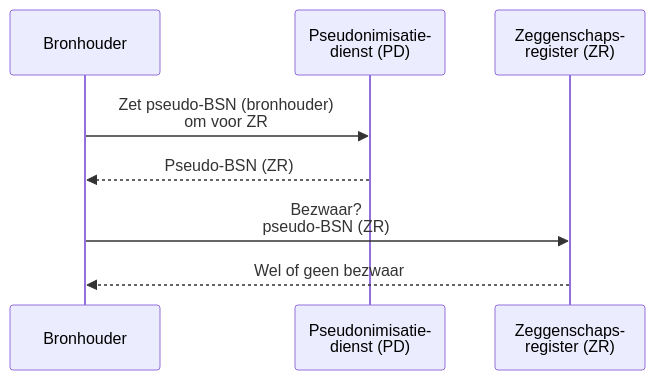
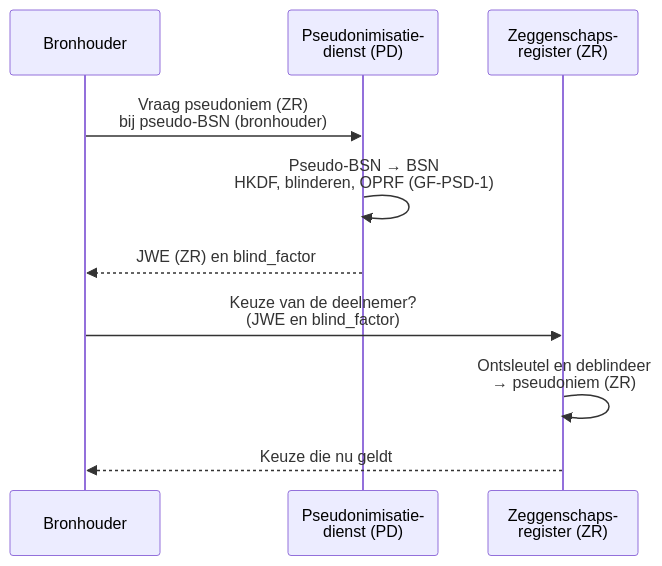
One commit to minvws/generiekefuncties-docs changed the sixth of 9 diagrams in input/pagecontent/identification-sg.md. Above: the diagram before and after it, drawn with Mermaid. The commit also changed other lines of this file and 2 other files, not shown here.

````diff
--- a/input/pagecontent/identification-sg.md
+++ b/input/pagecontent/identification-sg.md
@@ -305,11 +274,13 @@
 ```mermaid
 sequenceDiagram
     participant bronhouder as Bronhouder
     participant pd as Pseudonimisatie-<br/>dienst (PD)
     participant zr as Zeggenschaps-<br/>register (ZR)
 
-    bronhouder->>pd: Zet pseudo-BSN (bronhouder)<br/>om voor ZR
-    pd-->>bronhouder: Pseudo-BSN (ZR)
-    bronhouder->>zr: Bezwaar?<br/>pseudo-BSN (ZR)
-    zr-->>bronhouder: Wel of geen bezwaar
+    bronhouder->>pd: Vraag pseudoniem (ZR)<br/>bij pseudo-BSN (bronhouder)
+    pd->>pd: Pseudo-BSN → BSN<br/>HKDF, blinderen, OPRF (GF-PSD-1)
+    pd-->>bronhouder: JWE (ZR) en blind_factor
+    bronhouder->>zr: Keuze van de deelnemer?<br/>(JWE en blind_factor)
+    zr->>zr: Ontsleutel en deblindeer<br/>→ pseudoniem (ZR)
+    zr-->>bronhouder: Keuze die nu geldt
 ```
````
